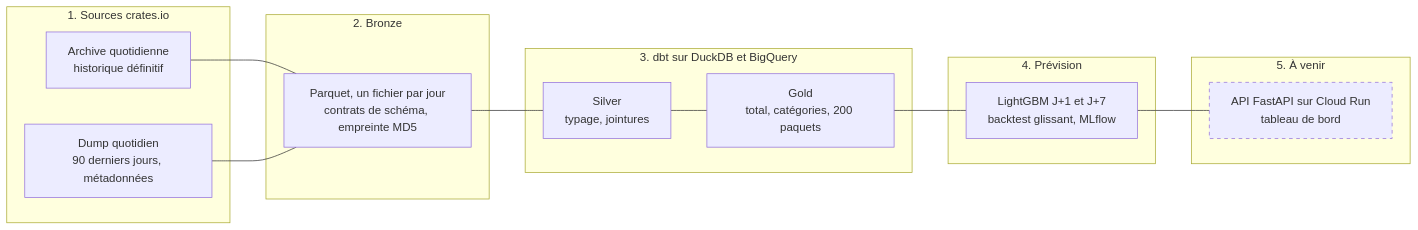
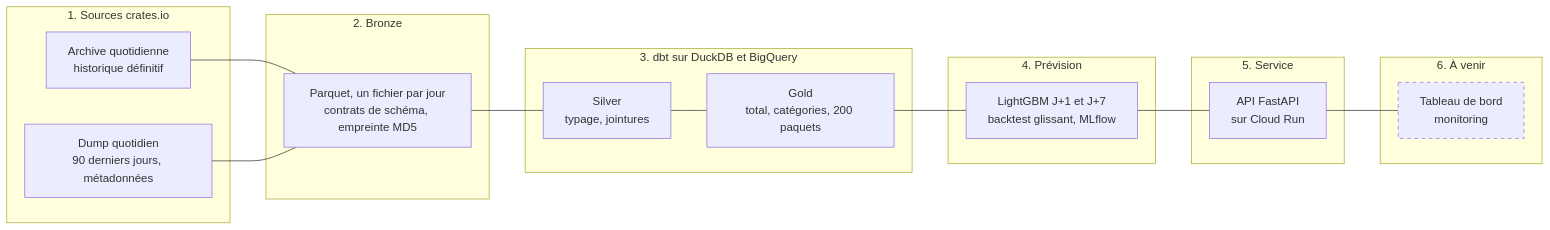
One commit to MohamedRadhi52/pkgpulse changed the diagram in README.md. Above: the diagram before and after it, drawn with Mermaid. The commit also changed other lines of this file and 11 other files, not shown here.

Commit message:
API FastAPI et déploiement continu sur Cloud Run

````diff
--- a/README.md
+++ b/README.md
@@ -41,25 +41,28 @@
 ```mermaid
 flowchart LR
     subgraph S["1. Sources crates.io"]
         A["Archive quotidienne<br/>historique définitif"]
         D["Dump quotidien<br/>90 derniers jours, métadonnées"]
     end
     subgraph B["2. Bronze"]
         P["Parquet, un fichier par jour<br/>contrats de schéma, empreinte MD5"]
     end
     subgraph T["3. dbt sur DuckDB et BigQuery"]
         SV["Silver<br/>typage, jointures"]
         G["Gold<br/>total, catégories, 200 paquets"]
     end
     subgraph M["4. Prévision"]
         F["LightGBM J+1 et J+7<br/>backtest glissant, MLflow"]
     end
-    subgraph N["5. À venir"]
-        X["API FastAPI sur Cloud Run<br/>tableau de bord"]
+    subgraph N["5. Service"]
+        X["API FastAPI<br/>sur Cloud Run"]
+    end
+    subgraph W["6. À venir"]
+        Y["Tableau de bord<br/>monitoring"]
     end
     A --- P
     D --- P
-    P --- SV --- G --- F --- X
+    P --- SV --- G --- F --- X --- Y
     classDef todo stroke-dasharray: 5 5
-    class X todo
+    class Y todo
 ```
````
